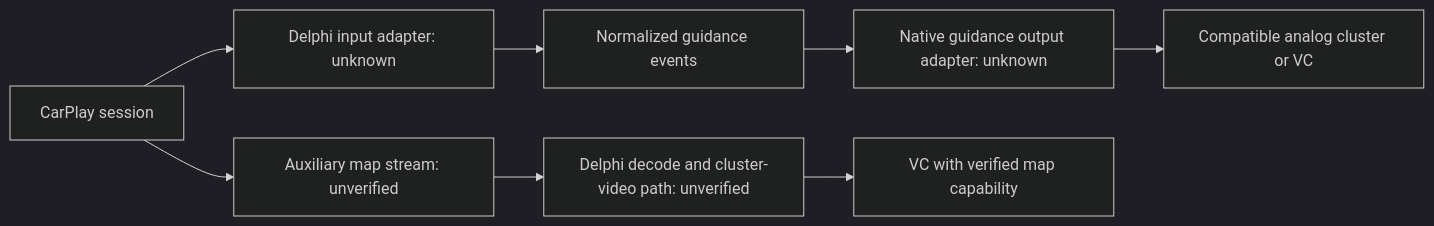
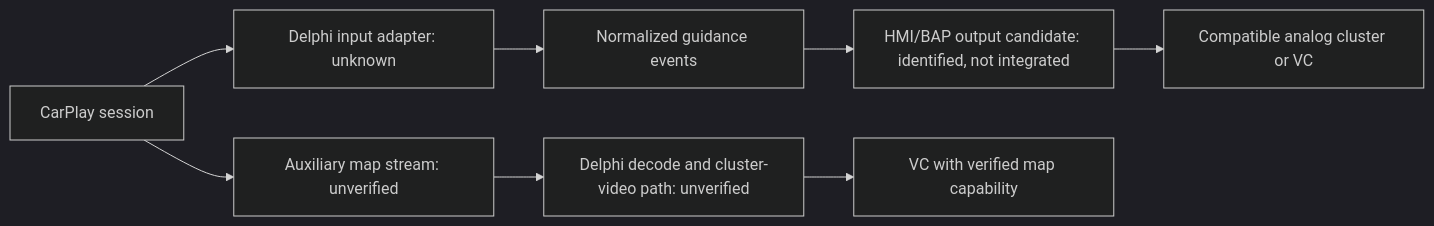
One commit to MattiaFontana997/delphi-carplay-cluster-bridge changed the diagram in docs/architecture.md. Above: the diagram before and after it, drawn with Mermaid (dark theme). The commit also changed other lines of this file and 8 other files, not shown here.

````diff
--- a/docs/architecture.md
+++ b/docs/architecture.md
@@ -5,10 +5,10 @@
 ```mermaid
 flowchart LR
     CP[CarPlay session] --> IN[Delphi input adapter: unknown]
     IN --> EV[Normalized guidance events]
-    EV --> OUT[Native guidance output adapter: unknown]
+    EV --> OUT[HMI/BAP output candidate: identified, not integrated]
     OUT --> CL[Compatible analog cluster or VC]
     CP --> AUX[Auxiliary map stream: unverified]
     AUX --> VIDEO[Delphi decode and cluster-video path: unverified]
     VIDEO --> VC[VC with verified map capability]
 ```
````
